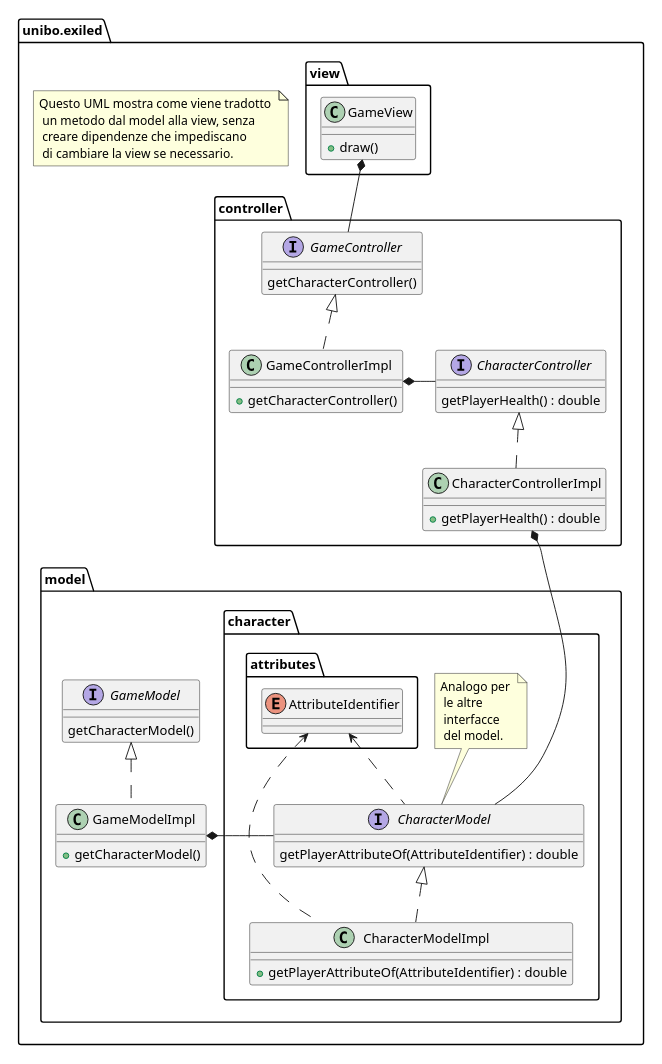
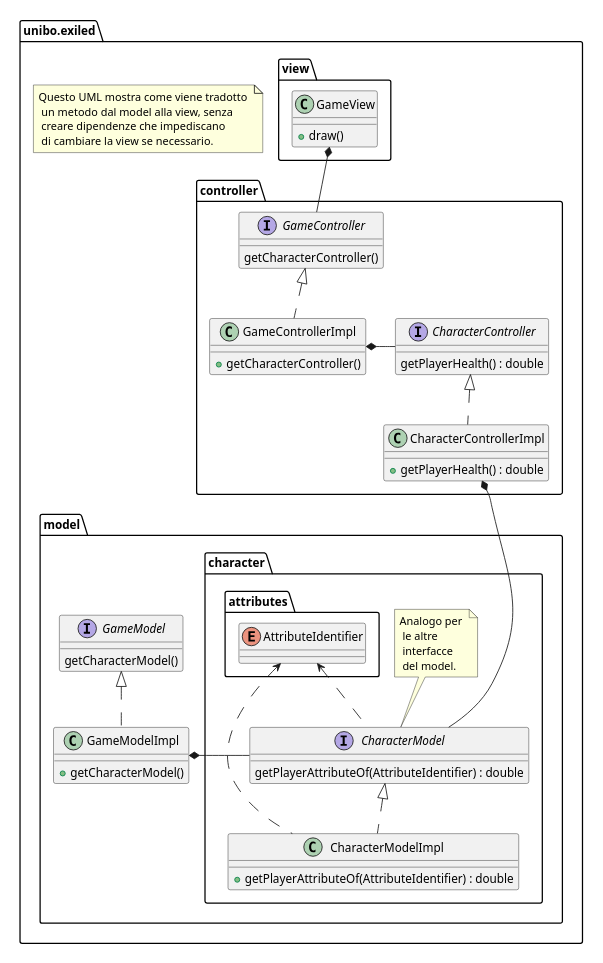
One commit to unibo-oop-projects/OOP23-Baldoni-Beylax-Casadei-MarcoMagnani03-Pazzaglia-exiled changed the diagram in docs/exiled-architecture-uml.puml. Above: the diagram before and after it, drawn with PlantUML. The commit also changed 1 other file, not shown here.

Commit message:
Finished Architecture UML

```diff
--- a/docs/exiled-architecture-uml.puml
+++ b/docs/exiled-architecture-uml.puml
@@ -1,54 +1,54 @@
 @startuml
-scale 0.5
+scale 0.45
 set separator none
 package unibo.exiled{
     note "Questo UML mostra come viene tradotto \n un metodo dal model alla view, senza \n creare dipendenze che impediscano \n di cambiare la view se necessario." as N1
     package view {
         class GameView {
             +draw()
         }
     }
     package controller {
         interface GameController{
             getCharacterController()
         }
         class GameControllerImpl implements GameController{
             +getCharacterController()
         }
         interface CharacterController{
             getPlayerHealth() : double
         }
         class CharacterControllerImpl implements CharacterController{
             +getPlayerHealth() : double
         }
     }
     package model{
         interface GameModel{
             getCharacterModel()
         }
         class GameModelImpl implements GameModel{
             +getCharacterModel()
         }
         package character {
         package attributes {
             enum AttributeIdentifier{}
         }
         interface CharacterModel{
               getPlayerAttributeOf(AttributeIdentifier) : double
             }
             note top: Analogo per \n le altre \n interfacce \n del model.
             class CharacterModelImpl implements CharacterModel{
                 +getPlayerAttributeOf(AttributeIdentifier) : double
             }
         }
 
     }
 }
 GameView *-- GameController
 GameControllerImpl *- CharacterController
 CharacterControllerImpl *--- CharacterModel
 GameModelImpl *- CharacterModel
 AttributeIdentifier <.. CharacterModel
 AttributeIdentifier <.. CharacterModelImpl
 
 @enduml
```
